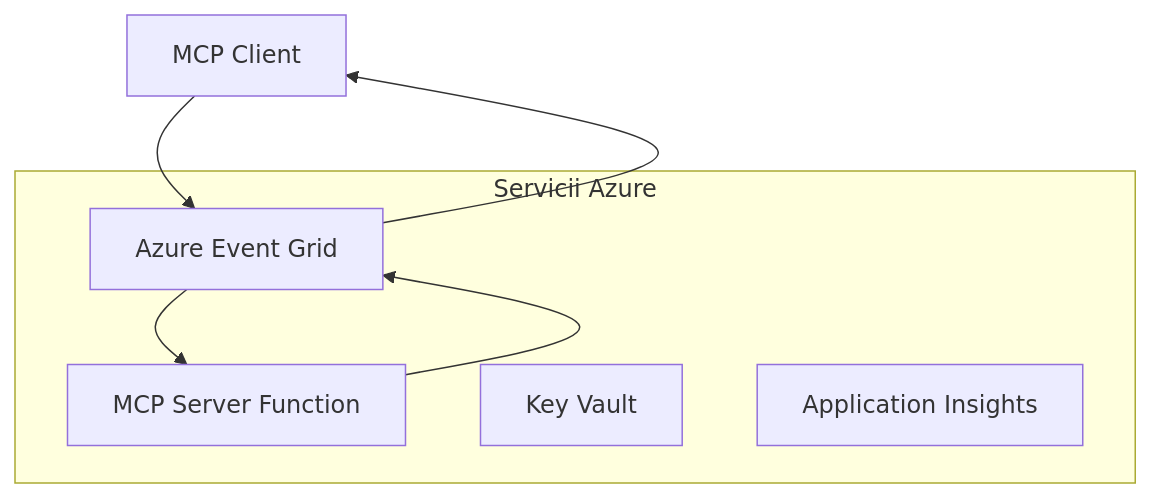
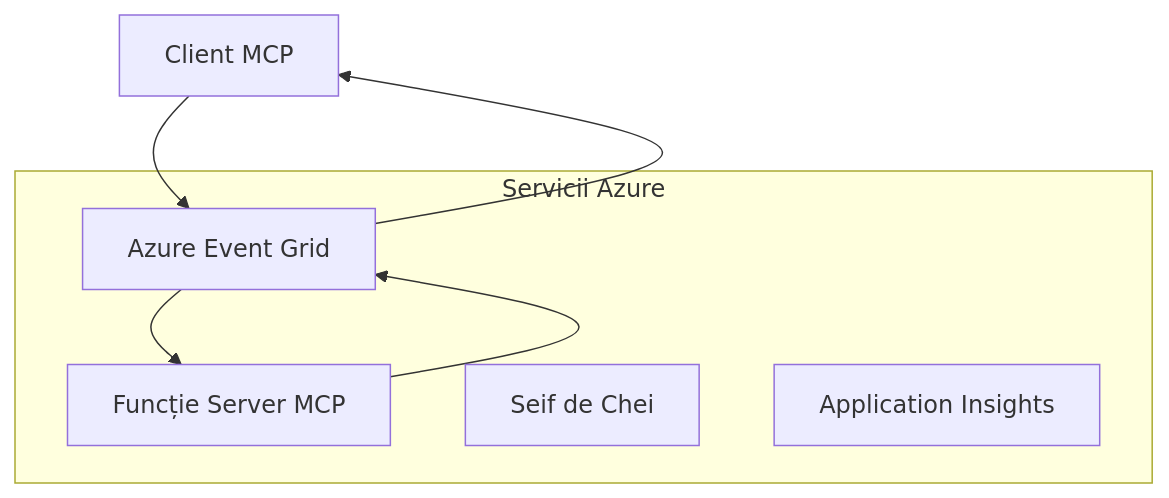
The first of 2 diagrams in mcp_ecosystem__model_context_protocol/mcp_learning_resources/mcp-for-beginners/translations/ro/05-AdvancedTopics/mcp-transport/README.md (HIDORAKAI002/ai-workspace-archive), drawn with Mermaid before and after one commit. The commit also changed other lines of this file and 1046 other files, not shown here.

````diff
--- a/mcp_ecosystem__model_context_protocol/mcp_learning_resources/mcp-for-beginners/translations/ro/05-AdvancedTopics/mcp-transport/README.md
+++ b/mcp_ecosystem__model_context_protocol/mcp_learning_resources/mcp-for-beginners/translations/ro/05-AdvancedTopics/mcp-transport/README.md
@@ -58,14 +60,14 @@
 ```mermaid
 graph TB
-    Client[MCP Client] --> EG[Azure Event Grid]
-    EG --> Server[MCP Server Function]
+    Client[Client MCP] --> EG[Azure Event Grid]
+    EG --> Server[Funcție Server MCP]
     Server --> EG
     EG --> Client
     
     subgraph "Servicii Azure"
         EG
         Server
-        KV[Key Vault]
+        KV[Seif de Chei]
         Monitor[Application Insights]
     end
 ```
````
